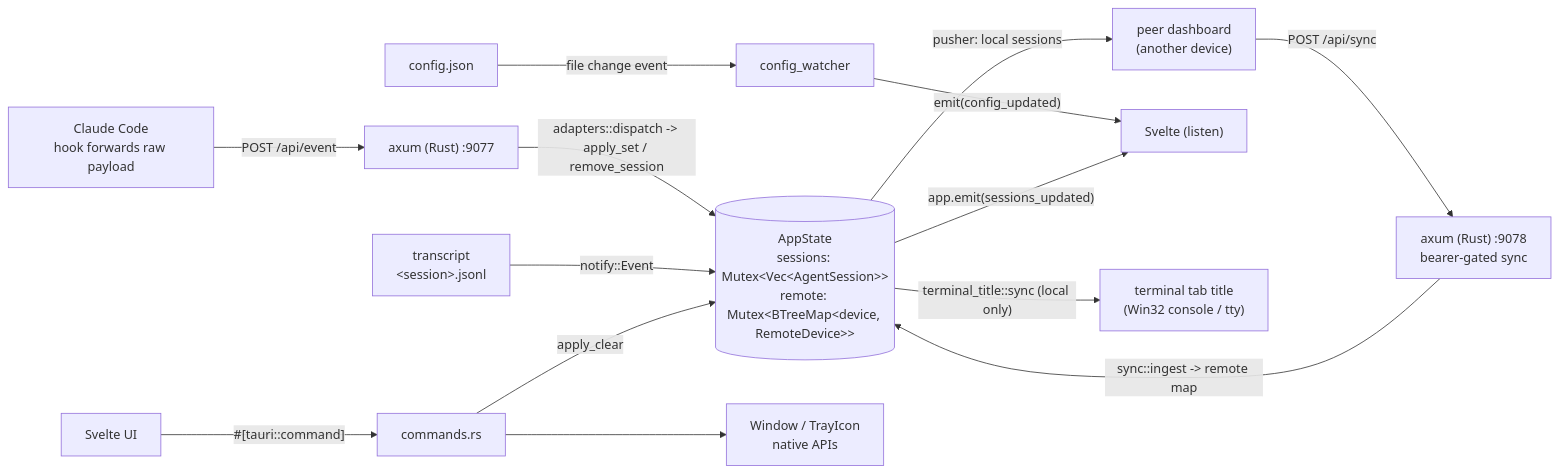
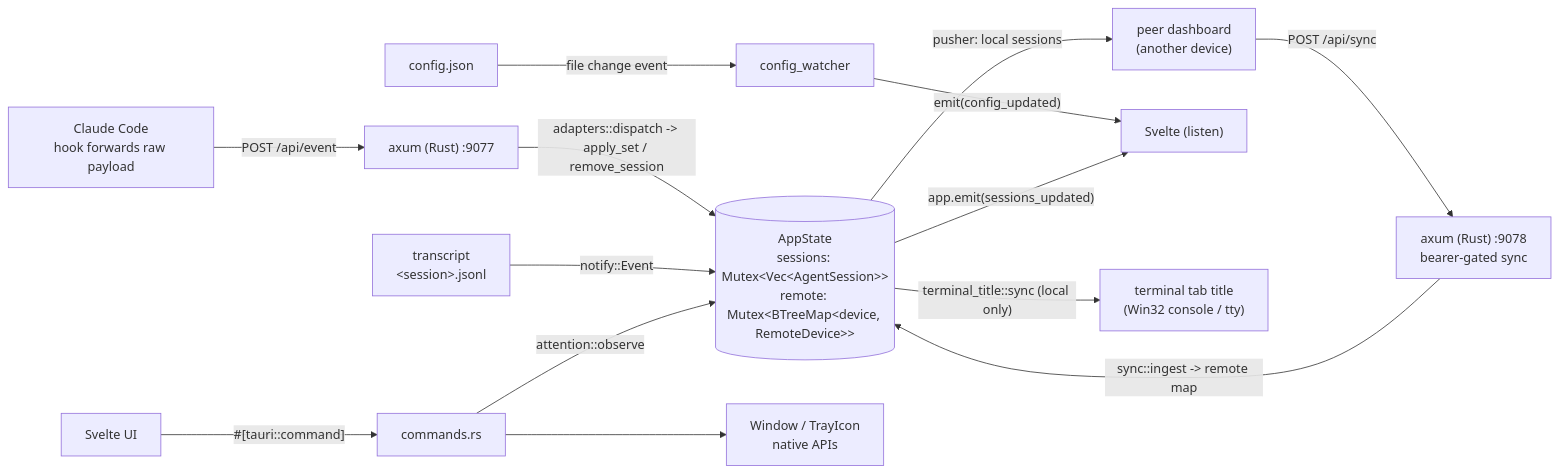
Before and after one commit to AnotherSava/claude-code-dashboard: the diagram in docs/pages/development/data-flow.md, drawn with Mermaid. The commit also changed other lines of this file and 27 other files, not shown here.

````diff
--- a/docs/pages/development/data-flow.md
+++ b/docs/pages/development/data-flow.md
@@ -12,31 +12,31 @@
 ```mermaid
 flowchart LR
   CC["Claude Code<br/>hook forwards raw payload"]
   TR["transcript<br/>&lt;session&gt;.jsonl"]
   UI["Svelte UI"]
   CFG["config.json"]
   PEER["peer dashboard<br/>(another device)"]
 
   AX["axum (Rust) :9077"]
   SYNC["axum (Rust) :9078<br/>bearer-gated sync"]
   CMD["commands.rs"]
   CW["config_watcher"]
   AS[("AppState<br/>sessions: Mutex&lt;Vec&lt;AgentSession&gt;&gt;<br/>remote: Mutex&lt;BTreeMap&lt;device, RemoteDevice&gt;&gt;")]
   NATIVE["Window / TrayIcon<br/>native APIs"]
   SV["Svelte (listen)"]
   TT["terminal tab title<br/>(Win32 console / tty)"]
 
   CC -->|"POST /api/event"| AX
   AX -->|"adapters::dispatch -> apply_set / remove_session"| AS
   TR -->|"notify::Event"| AS
   PEER -->|"POST /api/sync"| SYNC
   SYNC -->|"sync::ingest -> remote map"| AS
   AS -->|"pusher: local sessions"| PEER
   UI -->|"#[tauri::command]"| CMD
-  CMD -->|"apply_clear"| AS
+  CMD -->|"attention::observe"| AS
   CMD --> NATIVE
   CFG -->|"file change event"| CW
   CW -->|"emit(config_updated)"| SV
   AS -->|"app.emit(sessions_updated)"| SV
   AS -->|"terminal_title::sync (local only)"| TT
 ```
````
